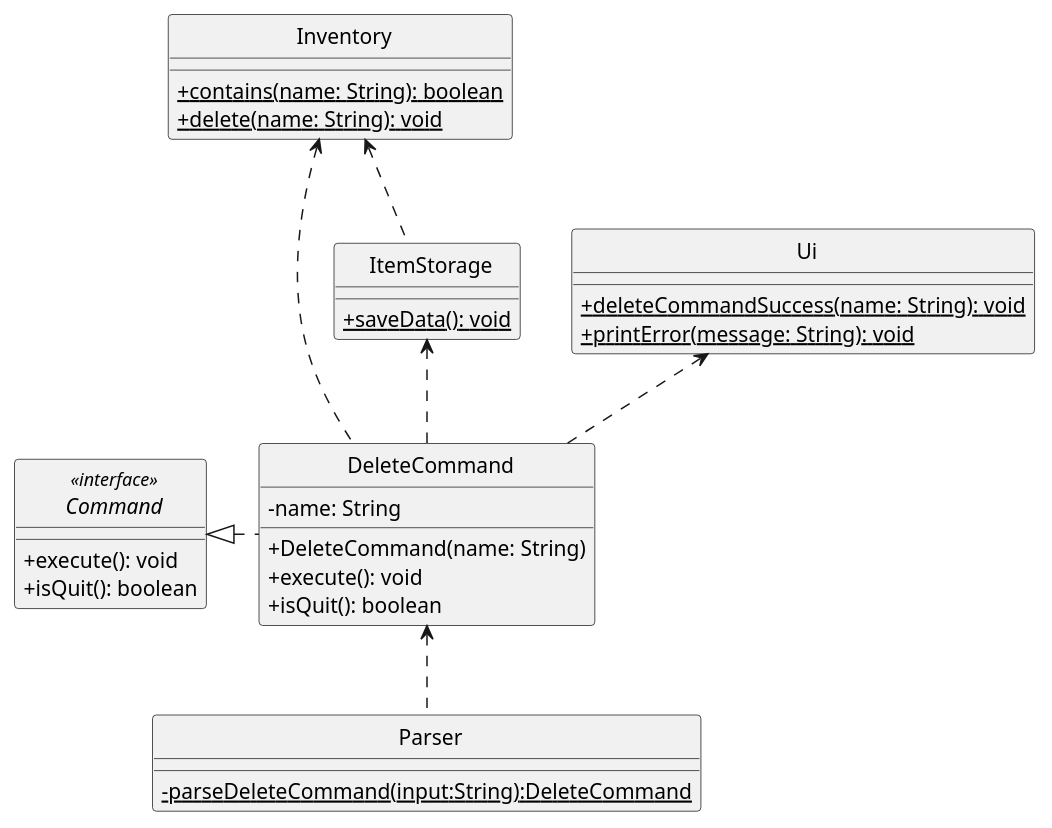
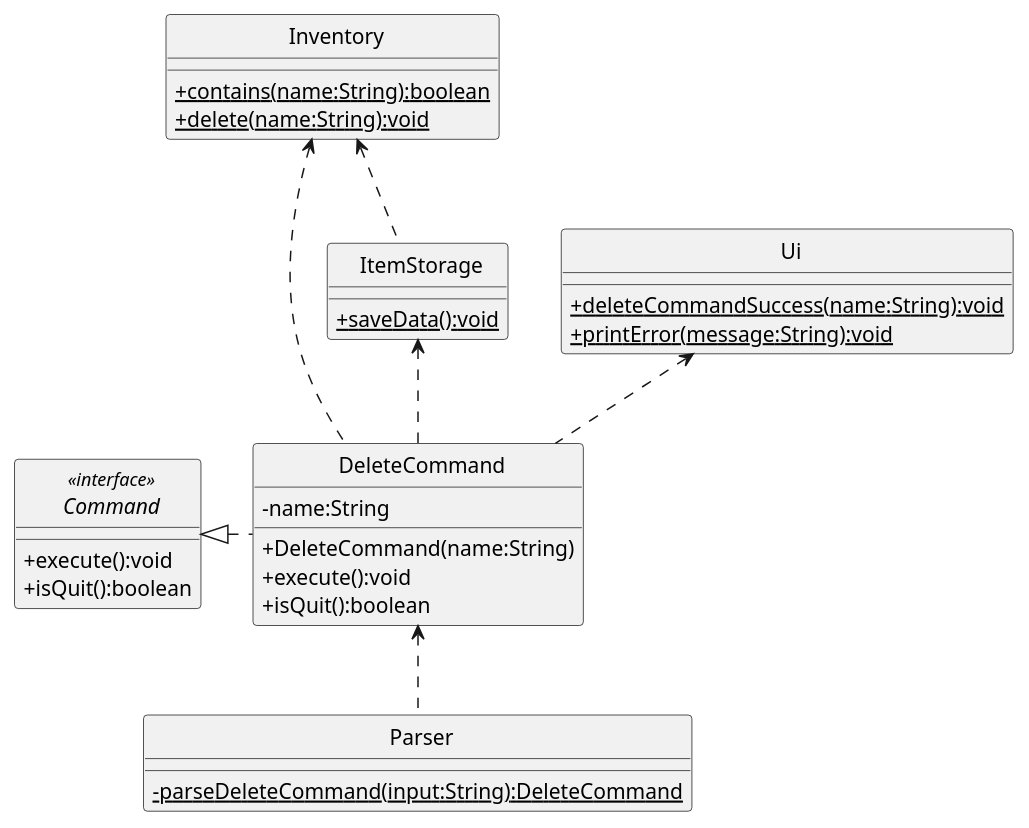
The first of 2 diagrams in docs/uml-diagrams/DeleteCommand.puml (rismm/tp), drawn with PlantUML before and after one commit. The commit also changed other lines of this file and 19 other files, not shown here.

```diff
--- a/docs/uml-diagrams/DeleteCommand.puml
+++ b/docs/uml-diagrams/DeleteCommand.puml
@@ -1,50 +1,50 @@
 @startuml
 'https://plantuml.com/sequence-diagram
 skinparam classAttributeIconSize 0
 skinparam CircledCharacterFontSize 0
 skinparam CircledCharacterRadius 0
 
 abstract class Command
 class Inventory
 class ItemStorage
 class Ui
 class Parser
 class DeleteCommand
 
 Command <|. DeleteCommand
 Inventory <.. DeleteCommand
 ItemStorage <.. DeleteCommand
 Inventory <.. ItemStorage
 DeleteCommand <.. Parser
 Ui <.. DeleteCommand
 
 interface Command <<interface>> {
-    + execute(): void
-    + isQuit(): boolean
+    + execute():void
+    + isQuit():boolean
 }
 
 class DeleteCommand {
-    - name: String
-    + DeleteCommand(name: String)
-    + execute(): void
-    + isQuit(): boolean
+    - name:String
+    + DeleteCommand(name:String)
+    + execute():void
+    + isQuit():boolean
 }
 
 class Inventory {
-    {static} + contains(name: String): boolean
-    {static} + delete(name: String): void
+    {static} + contains(name:String):boolean
+    {static} + delete(name:String):void
 }
 
 class ItemStorage {
-    {static} + saveData(): void
+    {static} + saveData():void
 }
 
 class Ui {
-    {static} + deleteCommandSuccess(name: String): void
-    {static} + printError(message: String): void
+    {static} + deleteCommandSuccess(name:String):void
+    {static} + printError(message:String):void
 }
 
 class Parser {
     {static}-parseDeleteCommand(input:String):DeleteCommand
 }
 @enduml
```
